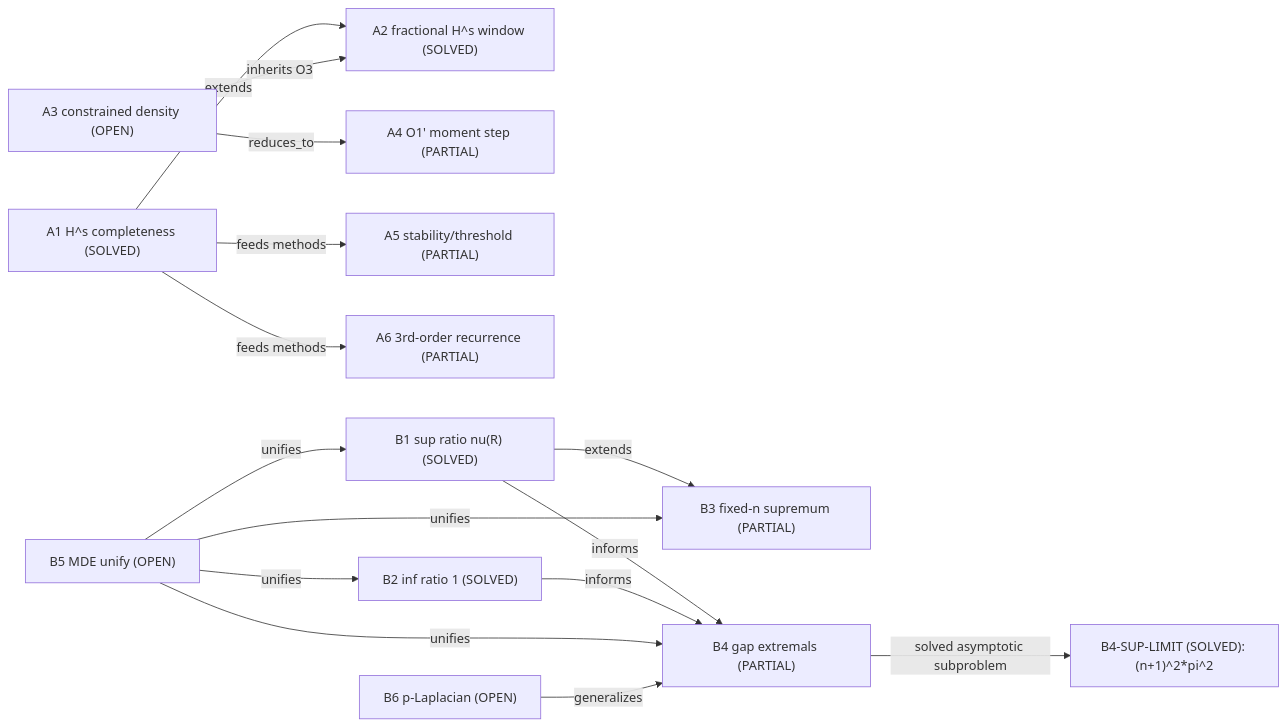
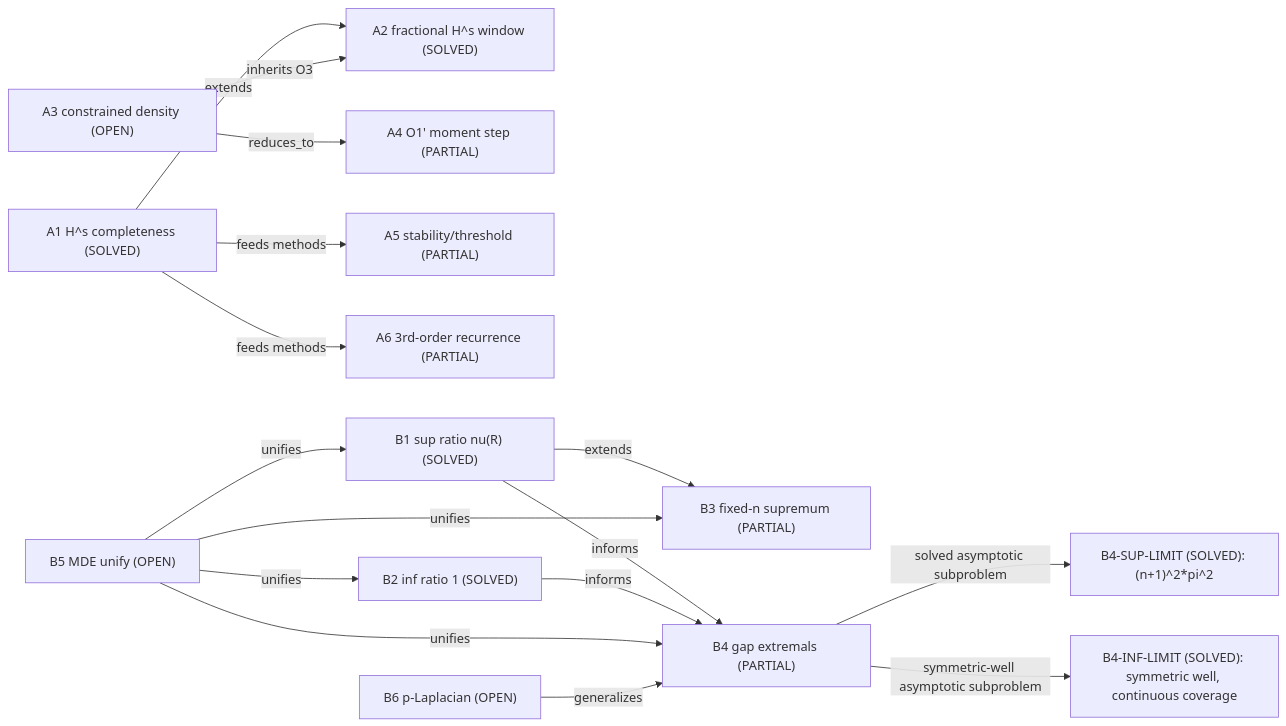
Before and after one commit to Zhongshan-Big-Jun/Sturm-Liouville-theory-research: the diagram in research_map.md, drawn with Mermaid. The commit also changed other lines of this file and 2446 other files, not shown here.

Commit message:
Repair round 8 INF-limit proofs and retrieval evidence

````diff
--- a/research_map.md
+++ b/research_map.md
@@ -88,31 +91,33 @@
 ```mermaid
 flowchart LR
   A1["A1 H^s completeness (SOLVED)"]
   A2["A2 fractional H^s window (SOLVED)"]
   A3["A3 constrained density (OPEN)"]
   A4["A4 O1' moment step (PARTIAL)"]
   A5["A5 stability/threshold (PARTIAL)"]
   A6["A6 3rd-order recurrence (PARTIAL)"]
   B1["B1 sup ratio nu(R) (SOLVED)"]
   B2["B2 inf ratio 1 (SOLVED)"]
   B3["B3 fixed-n supremum (PARTIAL)"]
   B4["B4 gap extremals (PARTIAL)"]
   B4L["B4-SUP-LIMIT (SOLVED): (n+1)^2*pi^2"]
+  B4I["B4-INF-LIMIT (SOLVED): symmetric well, continuous coverage"]
   B5["B5 MDE unify (OPEN)"]
   B6["B6 p-Laplacian (OPEN)"]
 
   A1 -->|extends| A2
   A1 -->|feeds methods| A5
   A1 -->|feeds methods| A6
   A3 -->|reduces_to| A4
   A3 -->|inherits O3| A2
   B1 -->|extends| B3
   B1 -->|informs| B4
   B2 -->|informs| B4
   B4 -->|solved asymptotic subproblem| B4L
+  B4 -->|symmetric-well asymptotic subproblem| B4I
   B5 -->|unifies| B1
   B5 -->|unifies| B2
   B5 -->|unifies| B3
   B5 -->|unifies| B4
   B6 -->|generalizes| B4
 ```
````
